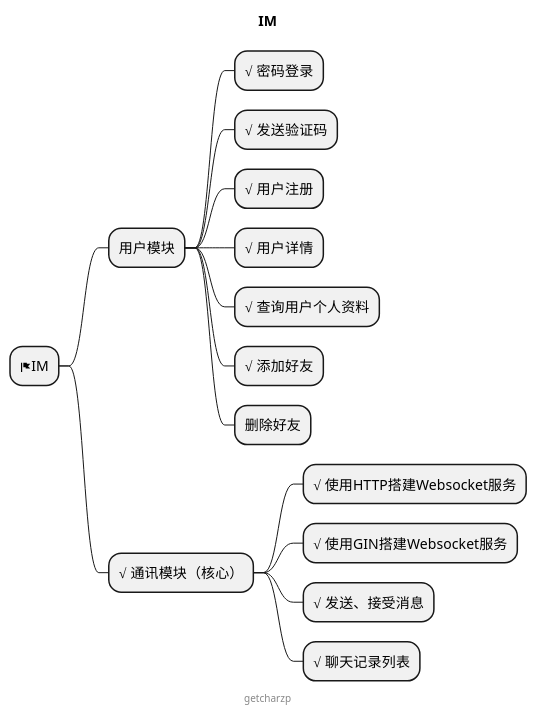
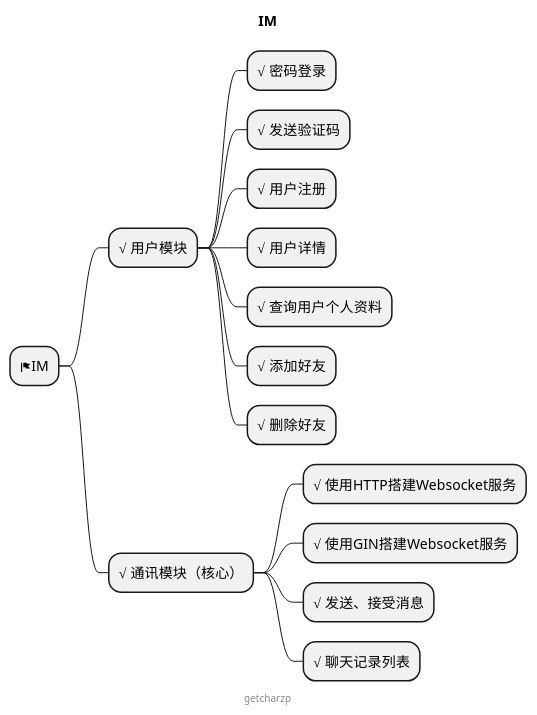
The diagram in MIND.puml (GetcharZp/im), drawn with PlantUML before and after one commit. The commit also changed 4 other files, not shown here.

```diff
--- a/MIND.puml
+++ b/MIND.puml
@@ -1,22 +1,22 @@
 @startmindmap
 
 title IM
 
 * <&flag>IM
-** 用户模块
+** √ 用户模块
 *** √ 密码登录
 *** √ 发送验证码
 *** √ 用户注册
 *** √ 用户详情
 *** √ 查询用户个人资料
 *** √ 添加好友
-*** 删除好友
+*** √ 删除好友
 ** √ 通讯模块（核心）
 *** √ 使用HTTP搭建Websocket服务
 *** √ 使用GIN搭建Websocket服务
 *** √ 发送、接受消息
 *** √ 聊天记录列表
 
 center footer getcharzp
 
 @endmindmap
```
